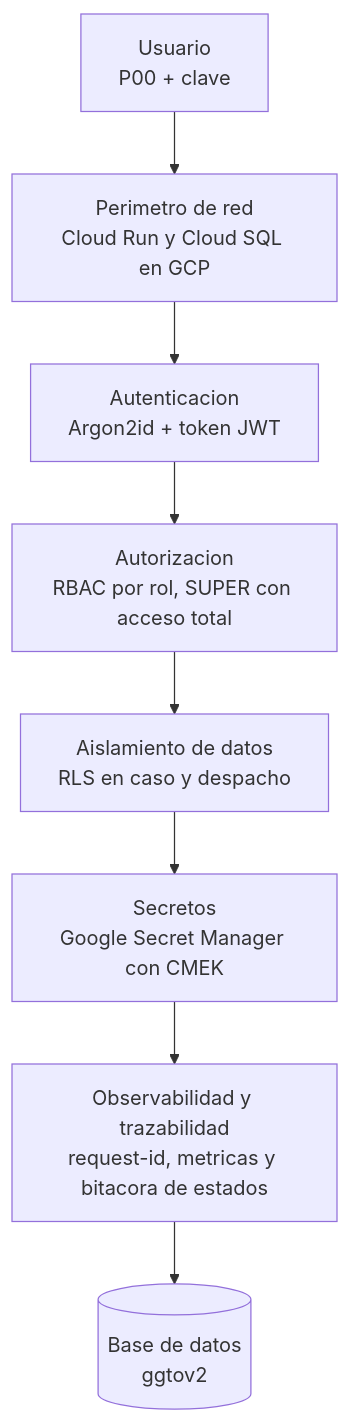
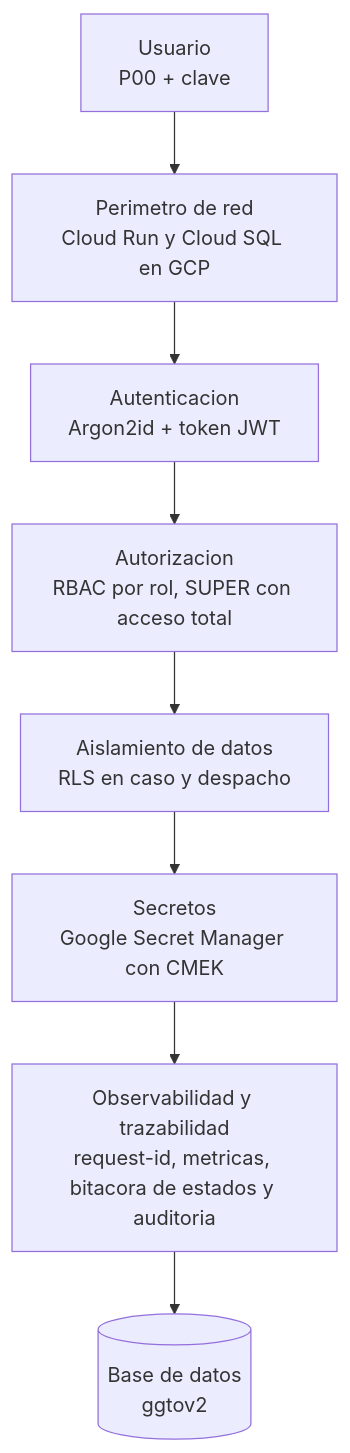
The diagram in docs/Manuales/07-Operacion/02-seguridad-y-privacidad.md (anlucorporations/GGTO), drawn with Mermaid before and after one commit. The commit also changed other lines of this file and 204 other files, not shown here.

````diff
--- a/docs/Manuales/07-Operacion/02-seguridad-y-privacidad.md
+++ b/docs/Manuales/07-Operacion/02-seguridad-y-privacidad.md
@@ -50,10 +52,10 @@
 ```mermaid
 flowchart TB
     A[Usuario<br/>P00 + clave] --> B[Perimetro de red<br/>Cloud Run y Cloud SQL en GCP]
     B --> C[Autenticacion<br/>Argon2id + token JWT]
     C --> D[Autorizacion<br/>RBAC por rol, SUPER con acceso total]
     D --> E[Aislamiento de datos<br/>RLS en caso y despacho]
     E --> F[Secretos<br/>Google Secret Manager con CMEK]
-    F --> G[Observabilidad y trazabilidad<br/>request-id, metricas y bitacora de estados]
+    F --> G[Observabilidad y trazabilidad<br/>request-id, metricas, bitacora de estados y auditoria]
     G --> H[(Base de datos<br/>ggtov2)]
 ```
````
